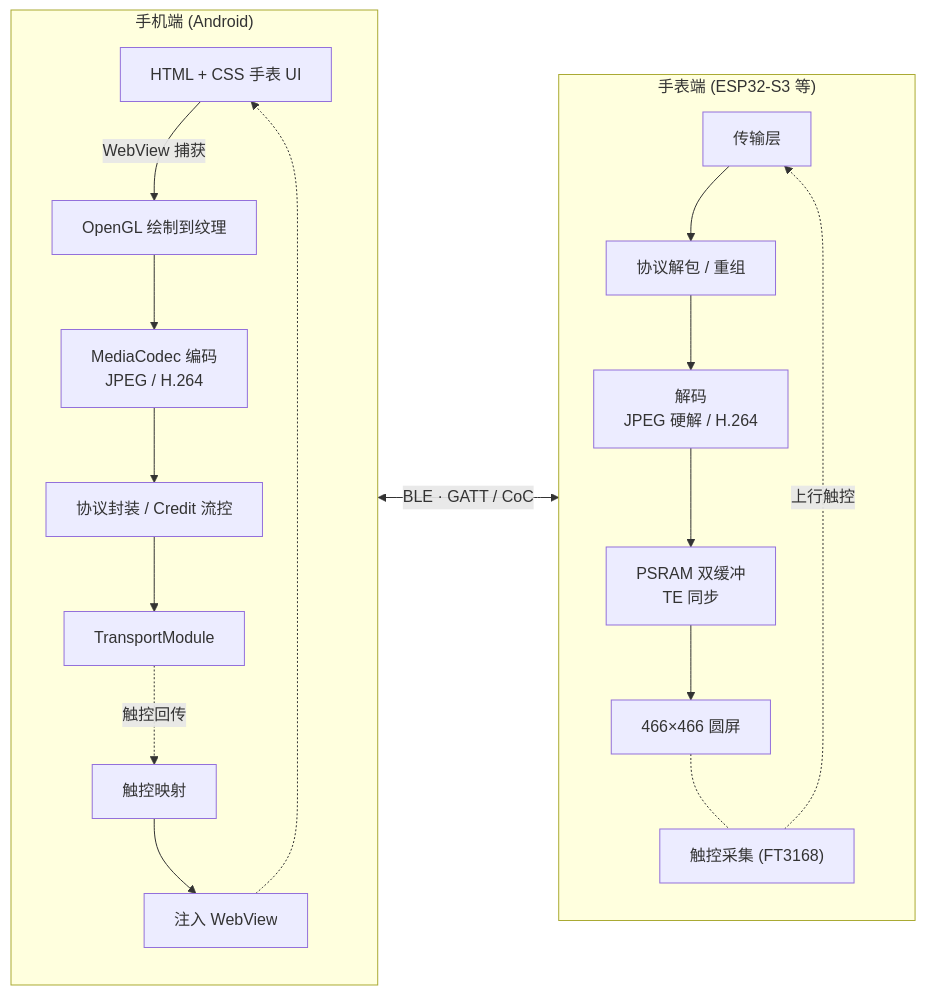
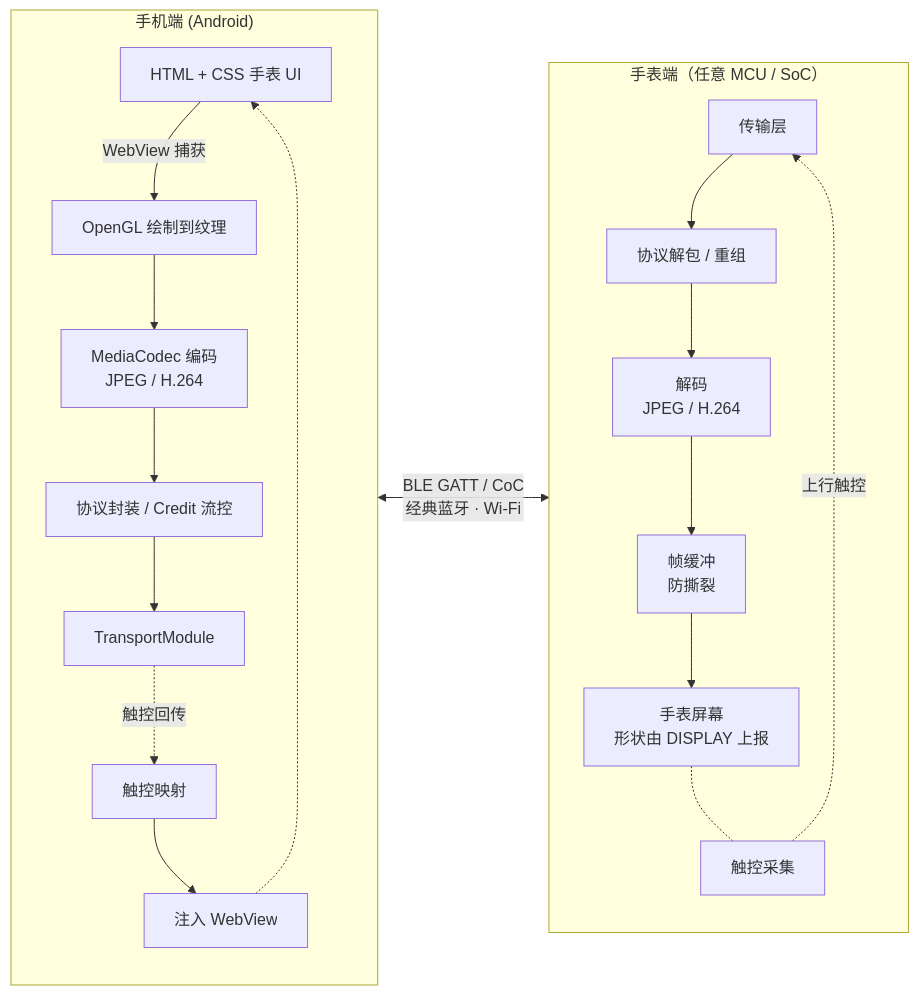
Before and after one commit to newMalloc/WatchPlay: the diagram in docs/diagrams/architecture.mmd, drawn with Mermaid. The commit also changed 7 other files, not shown here.

```diff
--- a/docs/diagrams/architecture.mmd
+++ b/docs/diagrams/architecture.mmd
@@ -1,31 +1,31 @@
 flowchart LR
     subgraph phone["手机端 (Android)"]
         direction TB
         ui["HTML + CSS 手表 UI"]
         gl["OpenGL 绘制到纹理"]
         codec["MediaCodec 编码<br/>JPEG / H.264"]
         framing["协议封装 / Credit 流控"]
         tx["TransportModule"]
         touchmap["触控映射"]
         inject["注入 WebView"]
 
         ui -->|"WebView 捕获"| gl --> codec --> framing --> tx
         tx -. "触控回传" .-> touchmap --> inject
         inject -.-> ui
     end
 
-    subgraph watch["手表端 (ESP32-S3 等)"]
+    subgraph watch["手表端（任意 MCU / SoC）"]
         direction TB
         bearer["传输层"]
         reassemble["协议解包 / 重组"]
-        decode["解码<br/>JPEG 硬解 / H.264"]
-        psram["PSRAM 双缓冲<br/>TE 同步"]
-        panel["466×466 圆屏"]
-        touch["触控采集 (FT3168)"]
+        decode["解码<br/>JPEG / H.264"]
+        frames["帧缓冲<br/>防撕裂"]
+        panel["手表屏幕<br/>形状由 DISPLAY 上报"]
+        touch["触控采集"]
 
-        bearer --> reassemble --> decode --> psram --> panel
+        bearer --> reassemble --> decode --> frames --> panel
         panel -.- touch
         touch -. "上行触控" .-> bearer
     end
 
-    tx <-->|"BLE · GATT / CoC"| bearer
+    tx <-->|"BLE GATT / CoC<br/>经典蓝牙 · Wi-Fi"| bearer
```
